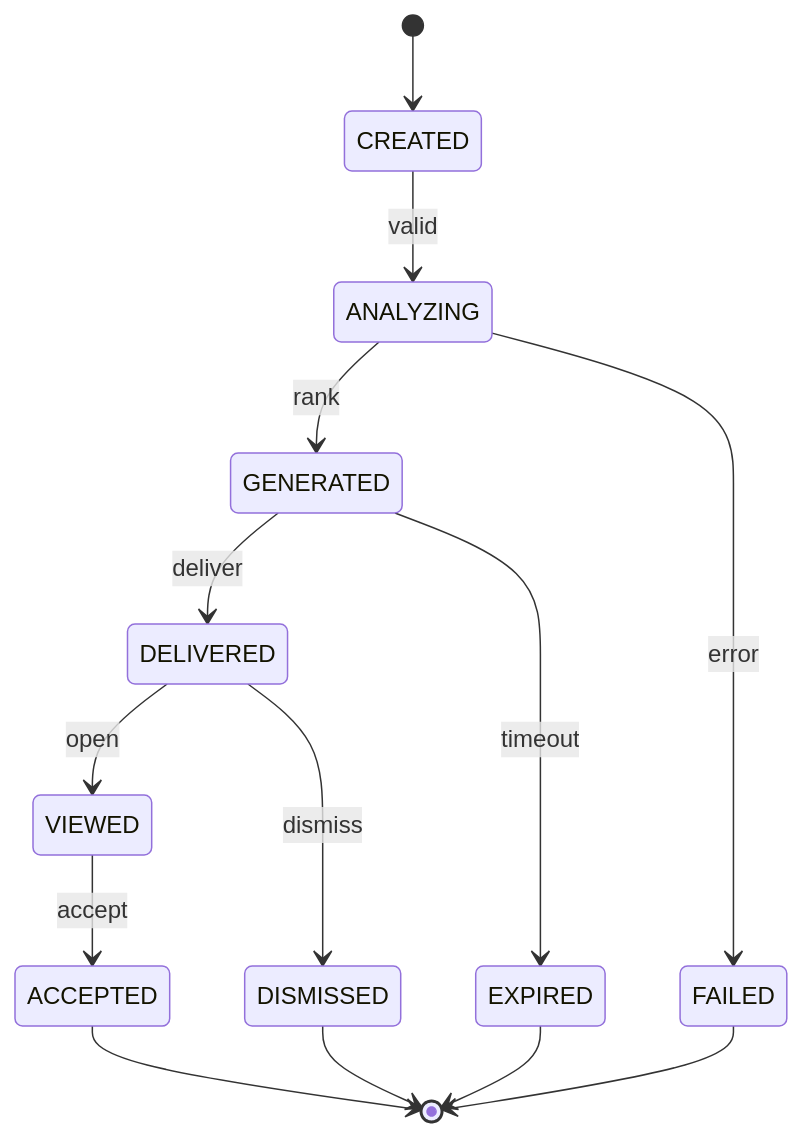
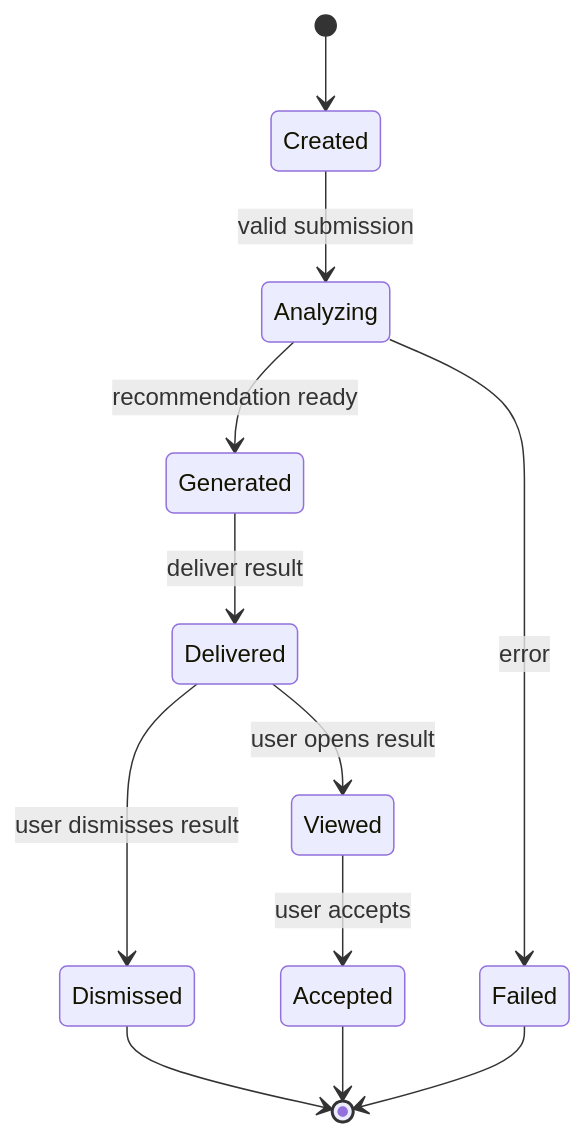
One commit to Aditi2512Gupta/CareerAI changed the sixth of 8 diagrams in README.md. Above: the diagram before and after it, drawn with Mermaid. The commit also changed other lines of this file, not shown here.

Commit message:
Fix Mermaid diagrams in README

````diff
--- a/README.md
+++ b/README.md
@@ -205,16 +191,14 @@
 ```mermaid
 stateDiagram-v2
-    [*] --> CREATED
-    CREATED --> ANALYZING : valid
-    ANALYZING --> GENERATED : rank
-    ANALYZING --> FAILED : error
-    GENERATED --> DELIVERED : deliver
-    DELIVERED --> VIEWED : open
-    DELIVERED --> DISMISSED : dismiss
-    VIEWED --> ACCEPTED : accept
-    GENERATED --> EXPIRED : timeout
-    DISMISSED --> [*]
-    FAILED --> [*]
-    EXPIRED --> [*]
-    ACCEPTED --> [*]
+    [*] --> Created
+    Created --> Analyzing : valid submission
+    Analyzing --> Generated : recommendation ready
+    Analyzing --> Failed : error
+    Generated --> Delivered : deliver result
+    Delivered --> Viewed : user opens result
+    Delivered --> Dismissed : user dismisses result
+    Viewed --> Accepted : user accepts
+    Dismissed --> [*]
+    Accepted --> [*]
+    Failed --> [*]
 ```
````
